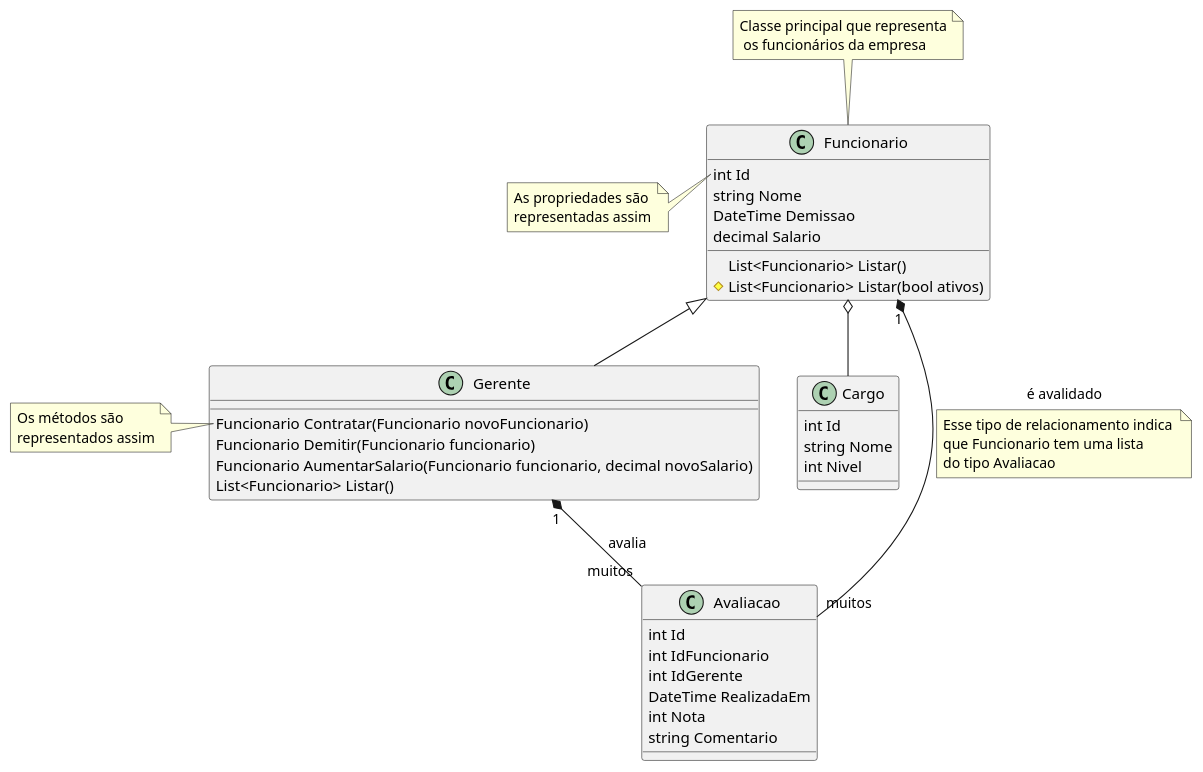
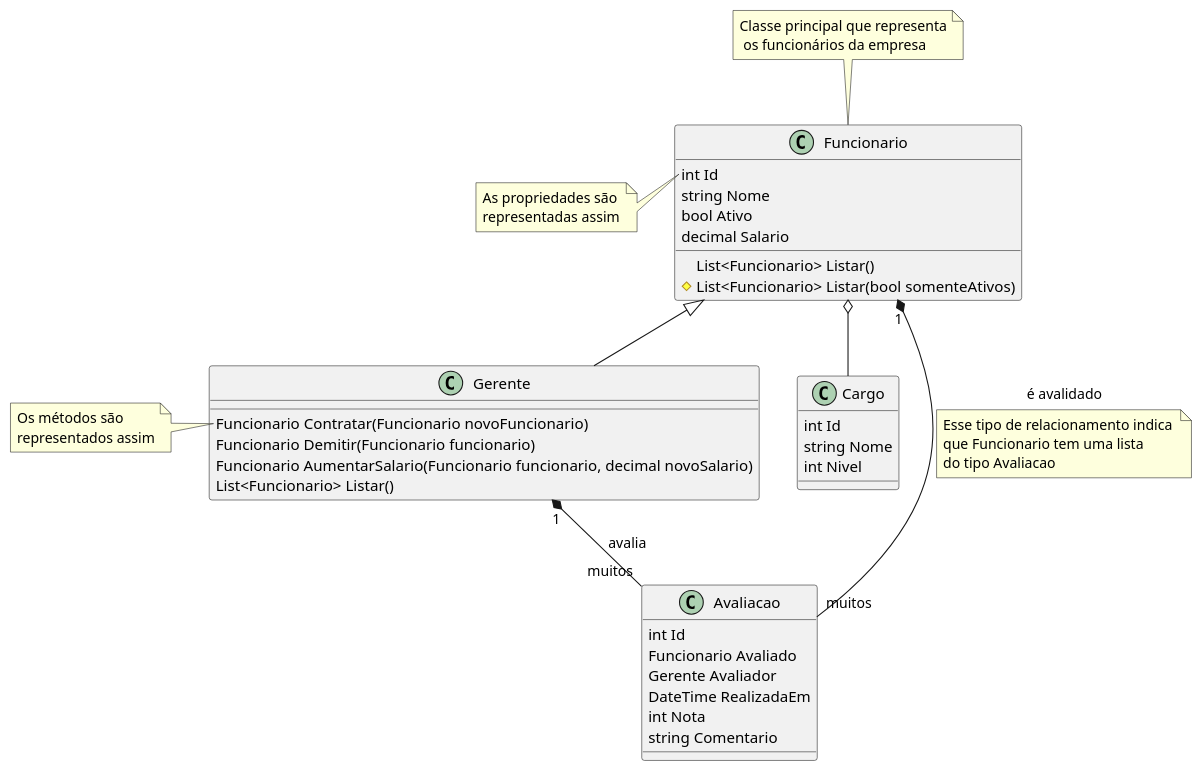
Before and after one commit to robertoosantosdev/educafro_2310_-csharp: the diagram in diagrams/src/classDiagram.pu, drawn with PlantUML. The commit also changed 1 other file, not shown here.

```diff
--- a/diagrams/src/classDiagram.pu
+++ b/diagrams/src/classDiagram.pu
@@ -1,49 +1,49 @@
 @startuml
 class Cargo {
     int Id
     string Nome
     int Nivel
 }
 
 class Funcionario {
     int Id
     string Nome
-    DateTime Demissao
+    bool Ativo
     decimal Salario
     List<Funcionario> Listar()
-    #List<Funcionario> Listar(bool ativos)
+    #List<Funcionario> Listar(bool somenteAtivos)
 }
 
 class Avaliacao {
     int Id
-    int IdFuncionario
-    int IdGerente
+    Funcionario Avaliado
+    Gerente Avaliador
     DateTime RealizadaEm
     int Nota
     string Comentario
 }
 
 class Gerente {
     Funcionario Contratar(Funcionario novoFuncionario)
     Funcionario Demitir(Funcionario funcionario)
     Funcionario AumentarSalario(Funcionario funcionario, decimal novoSalario)
     List<Funcionario> Listar()
 }
 
 Funcionario <|-- Gerente
 Funcionario o-- Cargo
 Funcionario "1" *-- "muitos" Avaliacao : é avalidado
 note bottom on link : Esse tipo de relacionamento indica \nque Funcionario tem uma lista \ndo tipo Avaliacao
 
 Gerente "1" *-- "muitos" Avaliacao : avalia
 
 note top of Funcionario : Classe principal que representa\n os funcionários da empresa
 note left of Funcionario::Id
     As propriedades são 
     representadas assim
 end note
 note left of Gerente::Contratar
     Os métodos são 
     representados assim
 end note
 @enduml
```
